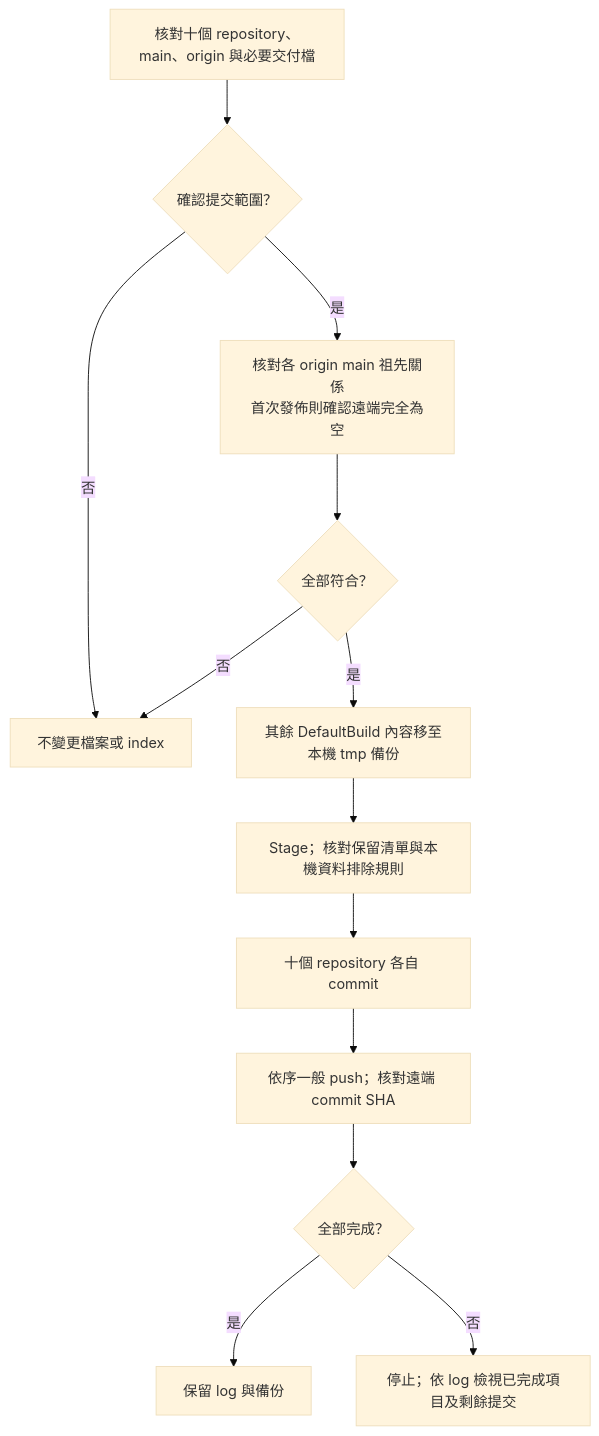
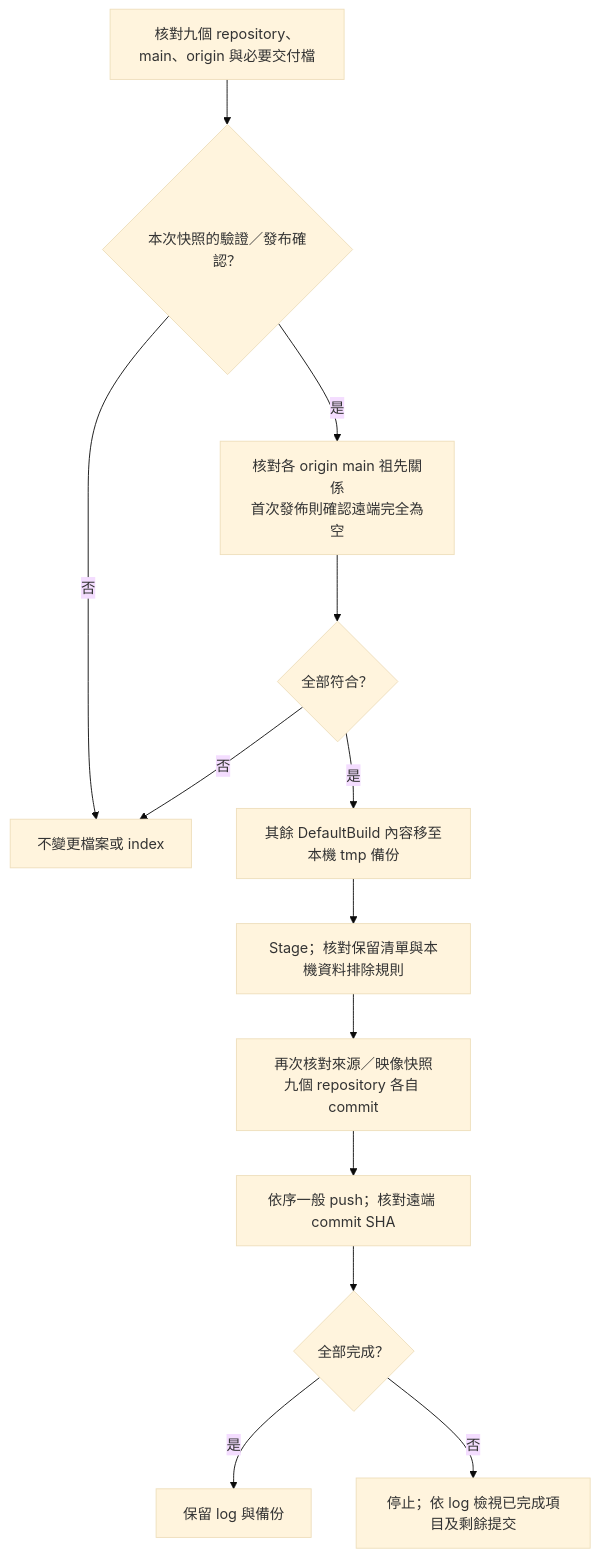
Before and after one commit to released/simple_renesas_isp_tool: the diagram in docs/GITHUB_PUBLISH_zh-TW.md, drawn with Mermaid (base theme). The commit also changed other lines of this file and 252 other files, not shown here.

````diff
--- a/docs/GITHUB_PUBLISH_zh-TW.md
+++ b/docs/GITHUB_PUBLISH_zh-TW.md
@@ -106,15 +105,15 @@
 ```mermaid
 flowchart TD
-    PLAN[核對十個 repository、main、origin 與必要交付檔] --> CONFIRM{確認提交範圍？}
+    PLAN[核對九個 repository、main、origin 與必要交付檔] --> CONFIRM{本次快照的驗證／發布確認？}
     CONFIRM -->|否| STOP[不變更檔案或 index]
     CONFIRM -->|是| FETCH[核對各 origin main 祖先關係<br/>首次發佈則確認遠端完全為空]
     FETCH --> VALID{全部符合？}
     VALID -->|否| STOP
     VALID -->|是| BACKUP[其餘 DefaultBuild 內容移至本機 tmp 備份]
     BACKUP --> INDEX[Stage；核對保留清單與本機資料排除規則]
-    INDEX --> COMMIT[十個 repository 各自 commit]
+    INDEX --> COMMIT[再次核對來源／映像快照<br/>九個 repository 各自 commit]
     COMMIT --> PUSH[依序一般 push；核對遠端 commit SHA]
     PUSH --> RESULT{全部完成？}
     RESULT -->|是| OK[保留 log 與備份]
     RESULT -->|否| REVIEW[停止；依 log 檢視已完成項目及剩餘提交]
 ```
````
